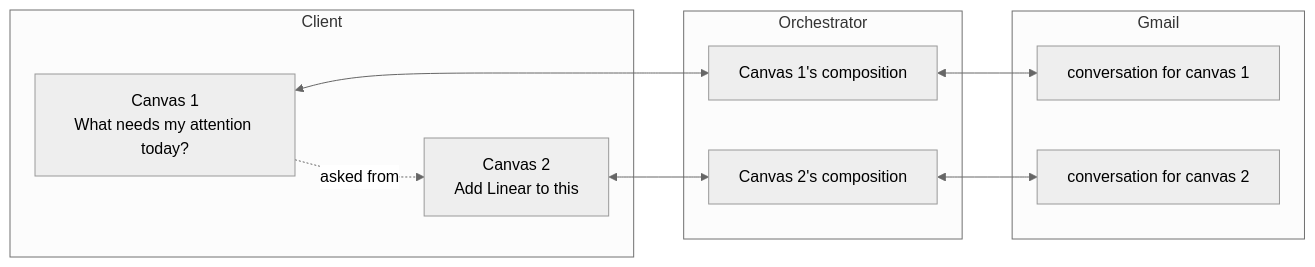
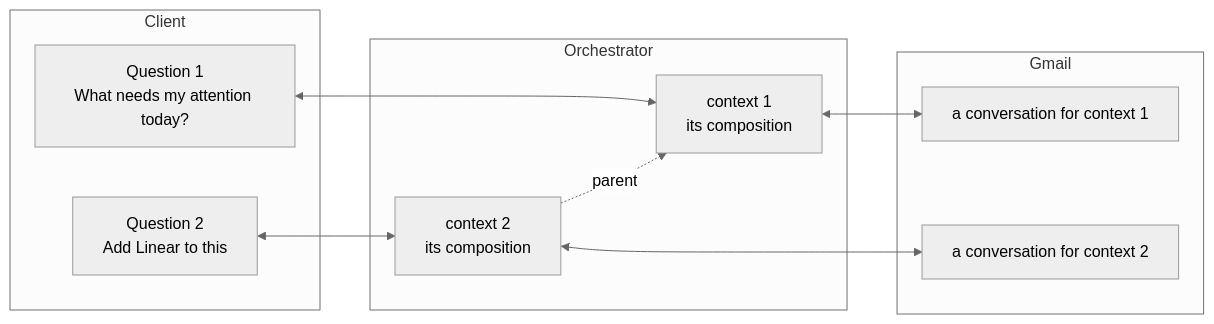
One commit to retz8/a2uiverse changed the second of 3 diagrams in apps/orchestrator/README.md. Above: the diagram before and after it, drawn with Mermaid (neutral theme). The commit also changed other lines of this file, not shown here.

Commit message:
docs(phase-9): 9.11 — the orchestrator README in its own terms: one composition per A2A context, a question opening one, its parent, an app's conversation per context, a composition running until its close; the client's word canvas gone from it

````diff
--- a/apps/orchestrator/README.md
+++ b/apps/orchestrator/README.md
@@ -47,18 +47,18 @@
 ```mermaid
 flowchart LR
     subgraph client [Client]
-        T1["Canvas 1<br/>What needs my attention today?"]
-        T2["Canvas 2<br/>Add Linear to this"]
+        Q1["Question 1<br/>What needs my attention today?"]
+        Q2["Question 2<br/>Add Linear to this"]
     end
     subgraph orch [Orchestrator]
-        K1["Canvas 1's composition"]
-        K2["Canvas 2's composition"]
+        K1["context 1<br/>its composition"]
+        K2["context 2<br/>its composition"]
     end
     subgraph gmail [Gmail]
-        G1["conversation for canvas 1"]
-        G2["conversation for canvas 2"]
+        G1["a conversation for context 1"]
+        G2["a conversation for context 2"]
     end
-    T1 <--> K1 <--> G1
-    T2 <--> K2 <--> G2
-    T1 -. asked from .-> T2
+    Q1 <--> K1 <--> G1
+    Q2 <--> K2 <--> G2
+    K2 -. parent .-> K1
 ```
````
